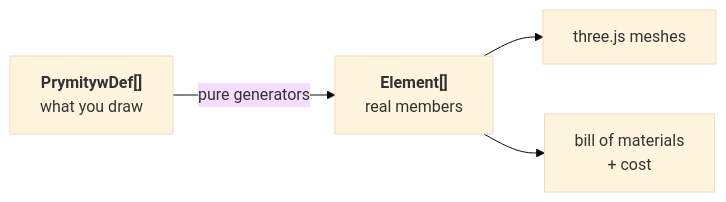
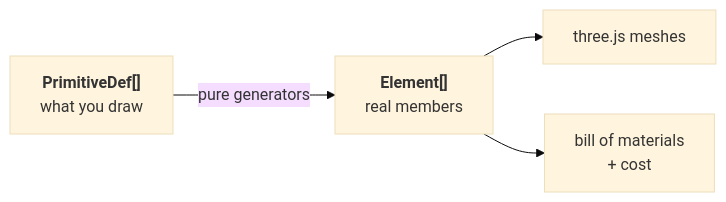
The diagram in README.md (takzen/timberframe-studio), drawn with Mermaid (base theme) before and after one commit. The commit also changed other lines of this file and 1 other file, not shown here.

````diff
--- a/README.md
+++ b/README.md
@@ -55,10 +55,10 @@
 ```mermaid
 flowchart LR
-    A["<b>PrymitywDef[]</b><br/>what you draw"]
+    A["<b>PrimitiveDef[]</b><br/>what you draw"]
     B["<b>Element[]</b><br/>real members"]
     C["three.js meshes"]
     D["bill of materials<br/>+ cost"]
     A -->|pure generators| B
     B --> C
     B --> D
 ```
````
